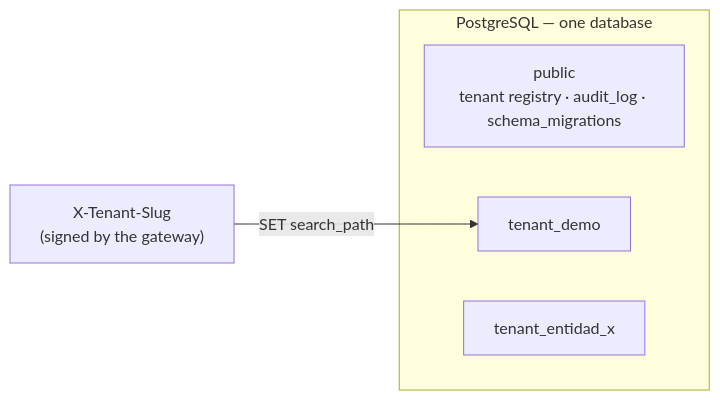
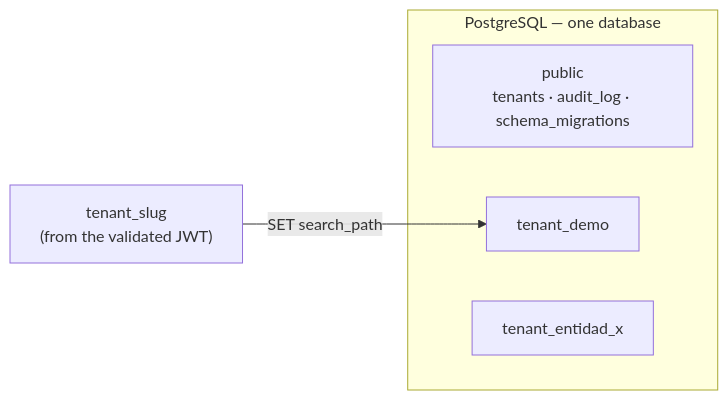
Before and after one commit to camilo1rp/docuboto: the second of 5 diagrams in ARCHITECTURE.md, drawn with Mermaid. The commit also changed other lines of this file and 19 other files, not shown here.

````diff
--- a/ARCHITECTURE.md
+++ b/ARCHITECTURE.md
@@ -197,9 +194,9 @@
 ```mermaid
 graph LR
     subgraph pg["PostgreSQL — one database"]
-        PUB["public<br/>tenant registry · audit_log · schema_migrations"]
+        PUB["public<br/>tenants · audit_log · schema_migrations"]
         T1["tenant_demo"]
         T2["tenant_entidad_x"]
     end
-    H["X-Tenant-Slug<br/>(signed by the gateway)"] -->|SET search_path| T1
+    H["tenant_slug<br/>(from the validated JWT)"] -->|SET search_path| T1
 ```
````
